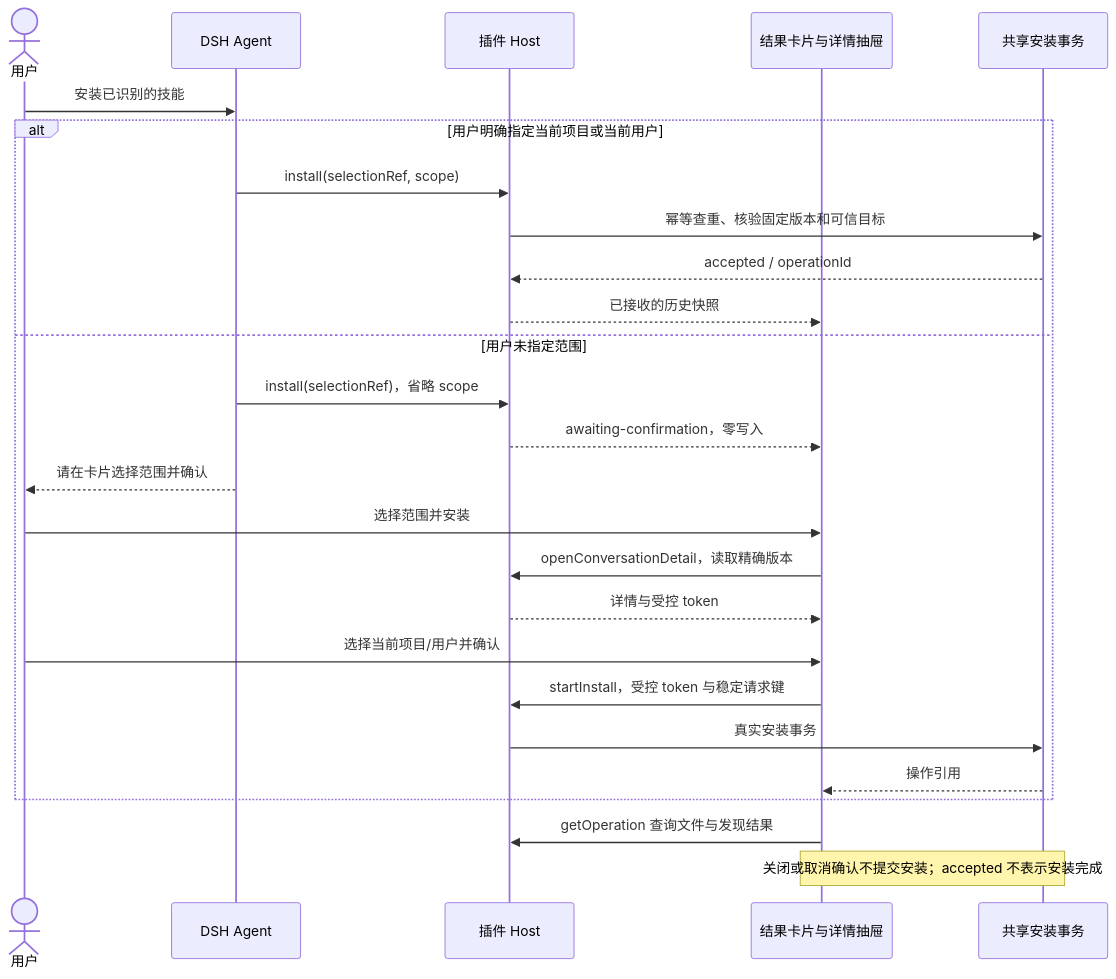
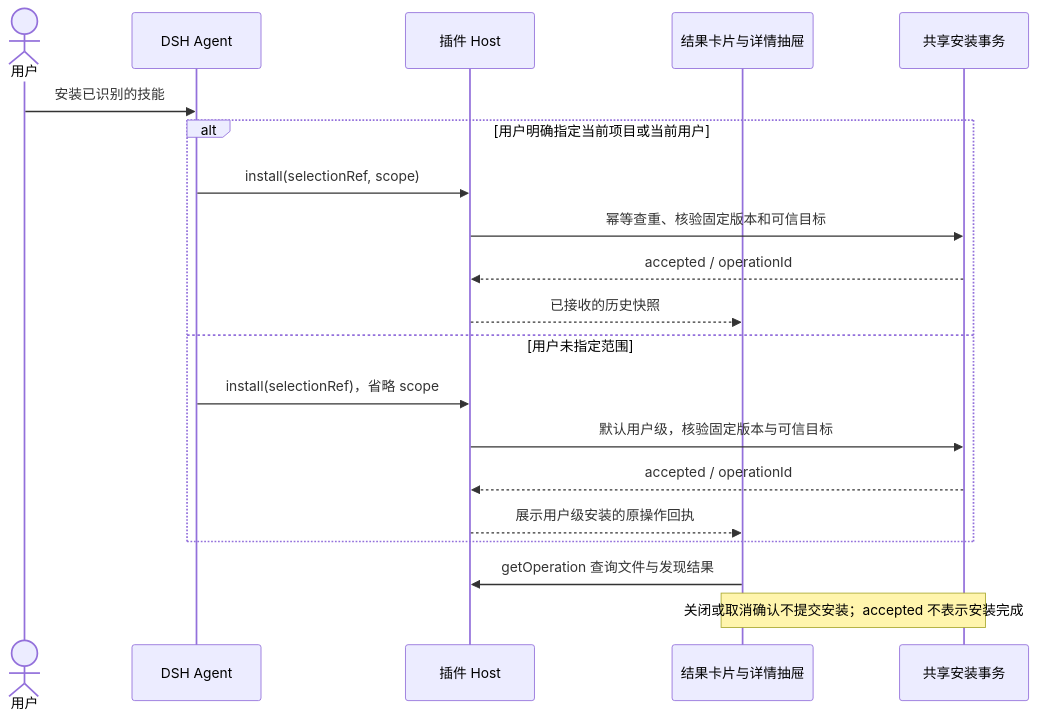
The third of 5 diagrams in openspec/changes/add-dsh-native-plugin/conversation-design.md (Danny5487401/skillhub), drawn with Mermaid before and after one commit. The commit also changed other lines of this file and 42 other files, not shown here.

````diff
--- a/openspec/changes/add-dsh-native-plugin/conversation-design.md
+++ b/openspec/changes/add-dsh-native-plugin/conversation-design.md
@@ -136,28 +136,22 @@
 ```mermaid
 sequenceDiagram
   actor U as 用户
   participant A as DSH Agent
   participant H as 插件 Host
   participant C as 结果卡片与详情抽屉
   participant I as 共享安装事务
   U->>A: 安装已识别的技能
   alt 用户明确指定当前项目或当前用户
     A->>H: install(selectionRef, scope)
     H->>I: 幂等查重、核验固定版本和可信目标
     I-->>H: accepted / operationId
     H-->>C: 已接收的历史快照
   else 用户未指定范围
     A->>H: install(selectionRef)，省略 scope
-    H-->>C: awaiting-confirmation，零写入
-    A-->>U: 请在卡片选择范围并确认
-    U->>C: 选择范围并安装
-    C->>H: openConversationDetail，读取精确版本
-    H-->>C: 详情与受控 token
-    U->>C: 选择当前项目/用户并确认
-    C->>H: startInstall，受控 token 与稳定请求键
-    H->>I: 真实安装事务
-    I-->>C: 操作引用
+    H->>I: 默认用户级，核验固定版本与可信目标
+    I-->>H: accepted / operationId
+    H-->>C: 展示用户级安装的原操作回执
   end
   C->>H: getOperation 查询文件与发现结果
   Note over C,I: 关闭或取消确认不提交安装；accepted 不表示安装完成
 ```
````
